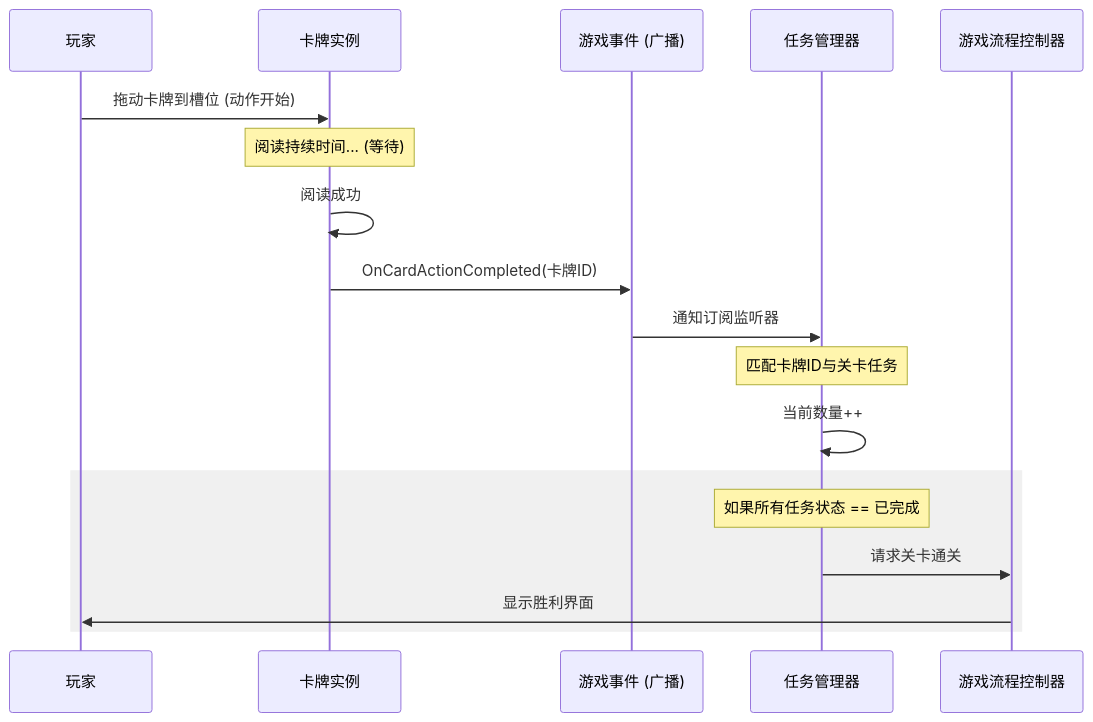
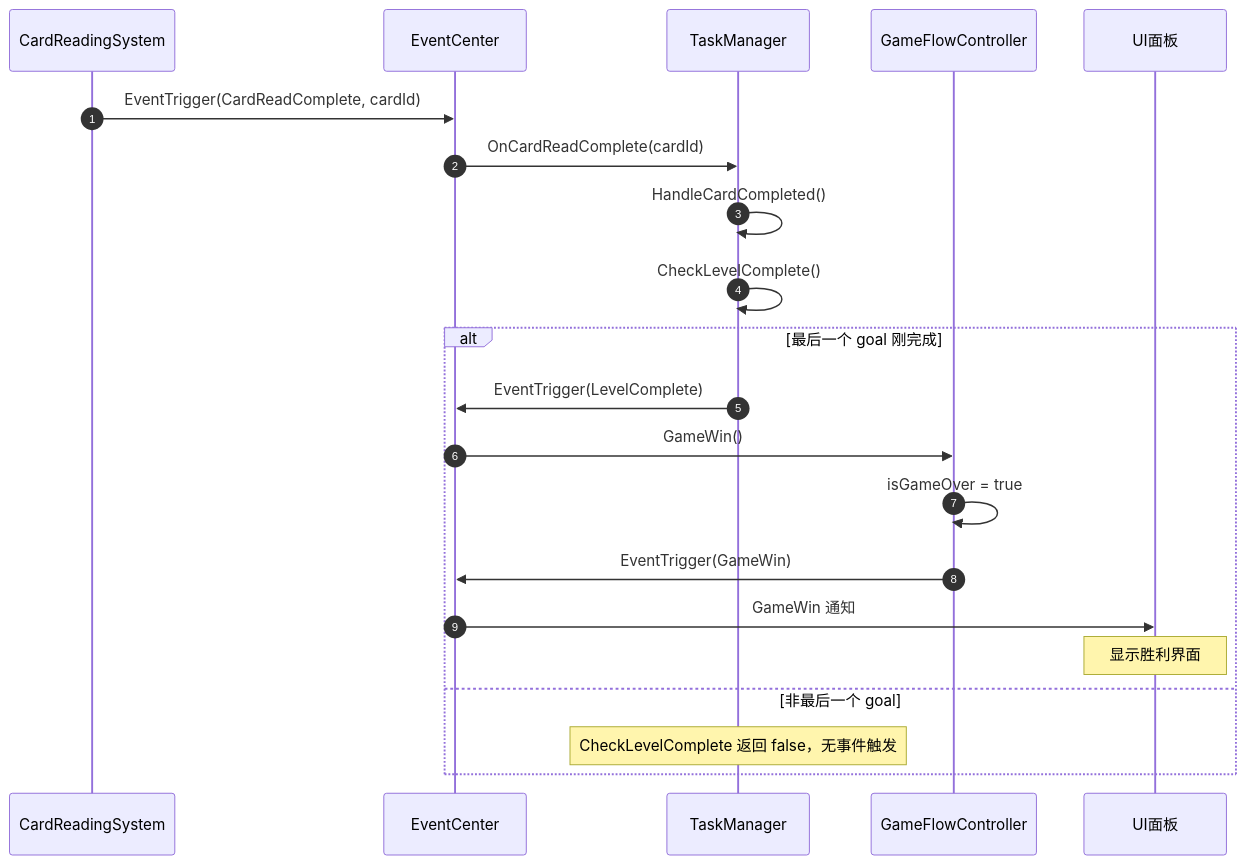
The fifth of 8 diagrams in docs/mermaid/taskList.md (Pick-Light-From-Dark/Pick-Light-From-Dark), drawn with Mermaid before and after one commit. The commit also changed other lines of this file and 5 other files, not shown here.

First line of the commit message:
[feat] 新增任务系统后端持久化层与完整时序图文档

````diff
--- a/docs/mermaid/taskList.md
+++ b/docs/mermaid/taskList.md
@@ -77,22 +203,25 @@
 ```mermaid
 sequenceDiagram
-    participant P as 玩家
-    participant C as 卡牌实例
-    participant E as 游戏事件 (广播)
-    participant T as 任务管理器
-    participant G as 游戏流程控制器
+    autonumber
+    participant CardSys as CardReadingSystem
+    participant EventC as EventCenter
+    participant TaskMgr as TaskManager
+    participant GameFlow as GameFlowController
+    participant UI as UI面板
 
-    P->>C: 拖动卡牌到槽位 (动作开始)
-    Note over C: 阅读持续时间... (等待)
-    C->>C: 阅读成功
-    C->>E: OnCardActionCompleted(卡牌ID)
-    E->>T: 通知订阅监听器
-    Note over T: 匹配卡牌ID与关卡任务
-    T->>T: 当前数量++
-    
-    rect rgb(240, 240, 240)
-        Note over T: 如果所有任务状态 == 已完成
-        T->>G: 请求关卡通关
-        G->>P: 显示胜利界面
+    CardSys ->> EventC: EventTrigger(CardReadComplete, cardId)
+    EventC ->> TaskMgr: OnCardReadComplete(cardId)
+    TaskMgr ->> TaskMgr: HandleCardCompleted()
+    TaskMgr ->> TaskMgr: CheckLevelComplete()
+
+    alt 最后一个 goal 刚完成
+        TaskMgr ->> EventC: EventTrigger(LevelComplete)
+        EventC ->> GameFlow: GameWin()
+        GameFlow ->> GameFlow: isGameOver = true
+        GameFlow ->> EventC: EventTrigger(GameWin)
+        EventC ->> UI: GameWin 通知
+        Note over UI: 显示胜利界面
+    else 非最后一个 goal
+        Note over TaskMgr: CheckLevelComplete 返回 false，无事件触发
     end
 ```
````
